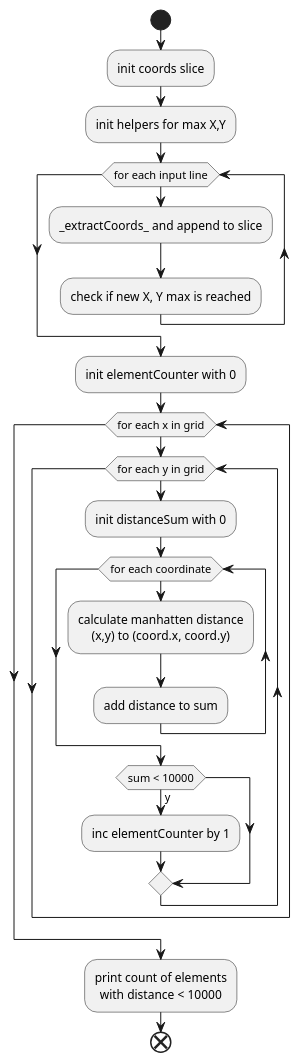
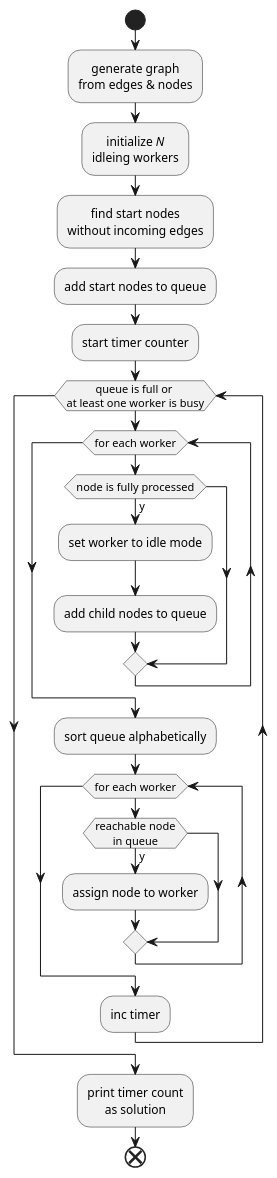
The second of 2 diagrams in day07/go/anoff/README.adoc (rdmueller/aoc-2018), drawn with PlantUML before and after one commit. The commit also changed other lines of this file and 1 other file, not shown here.

Commit message:
:page_facing_up: docs: add description day07

```diff
--- a/day07/go/anoff/README.adoc
+++ b/day07/go/anoff/README.adoc
@@ -54,32 +36,35 @@
-[plantuml, day06-part2, png]
+[plantuml, day07-part2, png]
 ....
 @startuml
 skinparam defaulttextalignment center
 skinparam monochrome true
 skinparam shadowing false
 start
-:init coords slice;
-:init helpers for max X,Y;
-while (for each input line)
-  :_extractCoords_ and append to slice;
-  :check if new X, Y max is reached;
-endwhile
-:init elementCounter with 0;
-while (for each x in grid)
-  while (for each y in grid)
-    :init distanceSum with 0;
-    while (for each coordinate)
-      :calculate manhatten distance
-      (x,y) to (coord.x, coord.y);
-      :add distance to sum;
-    endwhile
-    if (sum < 10000) then (y)
-      :inc elementCounter by 1;
+:generate graph
+from edges & nodes;
+:initialize //N//
+idleing workers;
+:find start nodes
+without incoming edges;
+:add start nodes to queue;
+:start timer counter;
+while (queue is full or \nat least one worker is busy)
+  while (for each worker)
+    if (node is fully processed) then (y)
+      :set worker to idle mode;
+      :add child nodes to queue;
     endif
   endwhile
+  :sort queue alphabetically;
+  while (for each worker)
+    if (reachable node\nin queue) then (y)
+      :assign node to worker;
+    endif
+  endwhile
+  :inc timer;
 endwhile
-:print count of elements
-with distance < 10000;
+:print timer count
+as solution;
 end
 @enduml
 ....
```
